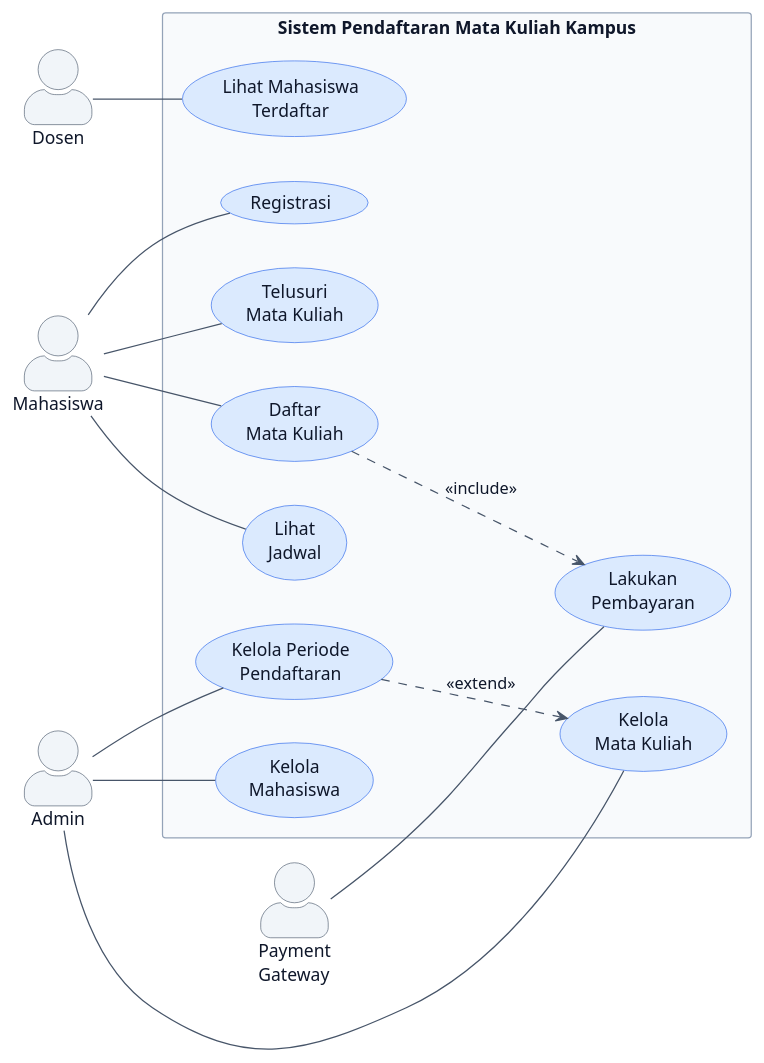
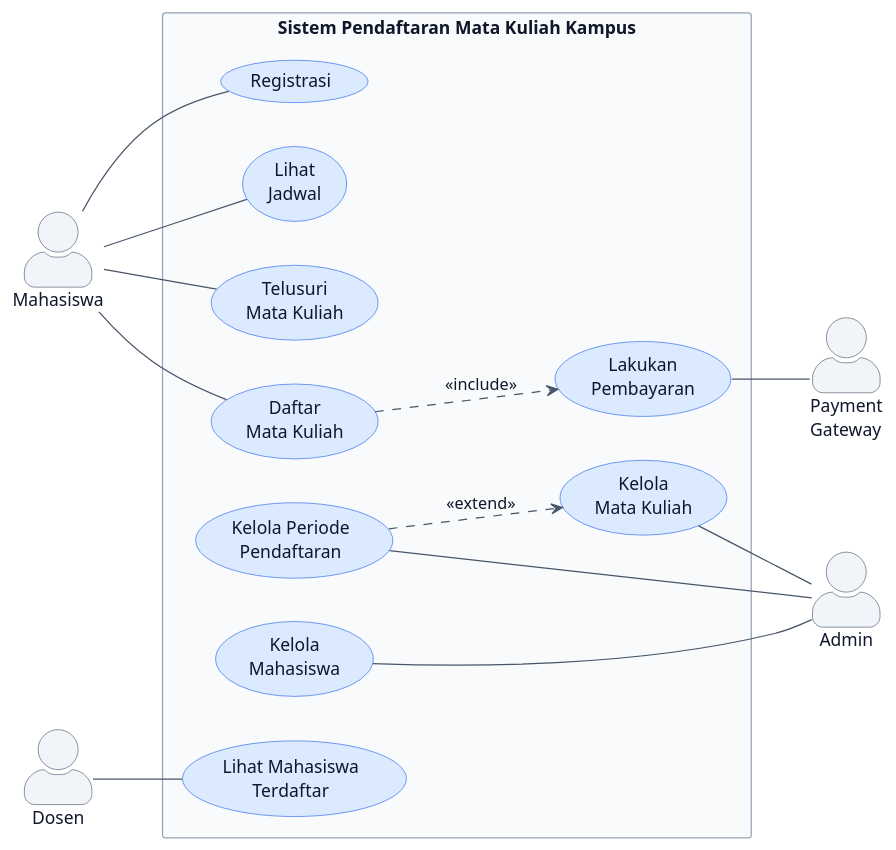
The second of 2 diagrams in src/content/blog/uml-series-part-1-introduction-use-case.md (se-polinema/se-polinema.github.io), drawn with PlantUML before and after one commit. The commit also changed other lines of this file and 4 other files, not shown here.

First line of the commit message:
Relayout use case diagram actors and fix SPO table bold formatting

````diff
--- a/src/content/blog/uml-series-part-1-introduction-use-case.md
+++ b/src/content/blog/uml-series-part-1-introduction-use-case.md
@@ -352,56 +354,58 @@
 ```plantuml
 @startuml
 left to right direction
 skinparam backgroundColor #FFFFFF
 skinparam actorStyle awesome
 skinparam usecase {
   BackgroundColor #dbeafe
   BorderColor #2563eb
   FontColor #0f172a
 }
 skinparam actor {
   BackgroundColor #f1f5f9
   BorderColor #475569
   FontColor #0f172a
 }
 skinparam rectangle {
   BackgroundColor #f8fafc
   BorderColor #94a3b8
   FontColor #0f172a
 }
 skinparam arrow {
   Color #475569
   FontColor #0f172a
 }
 
 actor "Mahasiswa" as Student
 actor "Dosen" as Lecturer
-actor "Admin" as Admin
-actor "Payment\nGateway" as PG
 
 rectangle "Sistem Pendaftaran Mata Kuliah Kampus" {
   usecase "Registrasi" as UC1
   usecase "Telusuri\nMata Kuliah" as UC3
   usecase "Daftar\nMata Kuliah" as UC4
   usecase "Lihat\nJadwal" as UC5
   usecase "Lakukan\nPembayaran" as UC6
   usecase "Kelola\nMata Kuliah" as UC7
   usecase "Kelola\nMahasiswa" as UC8
   usecase "Kelola Periode\nPendaftaran" as UC9
   usecase "Lihat Mahasiswa\nTerdaftar" as UC10
 }
 
+actor "Admin" as Admin
+actor "Payment\nGateway" as PG
+
 Student -- UC1
 Student -- UC3
 Student -- UC4
 Student -- UC5
-Admin -- UC7
-Admin -- UC8
-Admin -- UC9
 Lecturer -- UC10
-PG -- UC6
+
+UC7 -- Admin
+UC8 -- Admin
+UC9 -- Admin
+UC6 -- PG
 
 UC4 ..> UC6 : <<include>>
 UC9 ..> UC7 : <<extend>>
 @enduml
 ```
````
